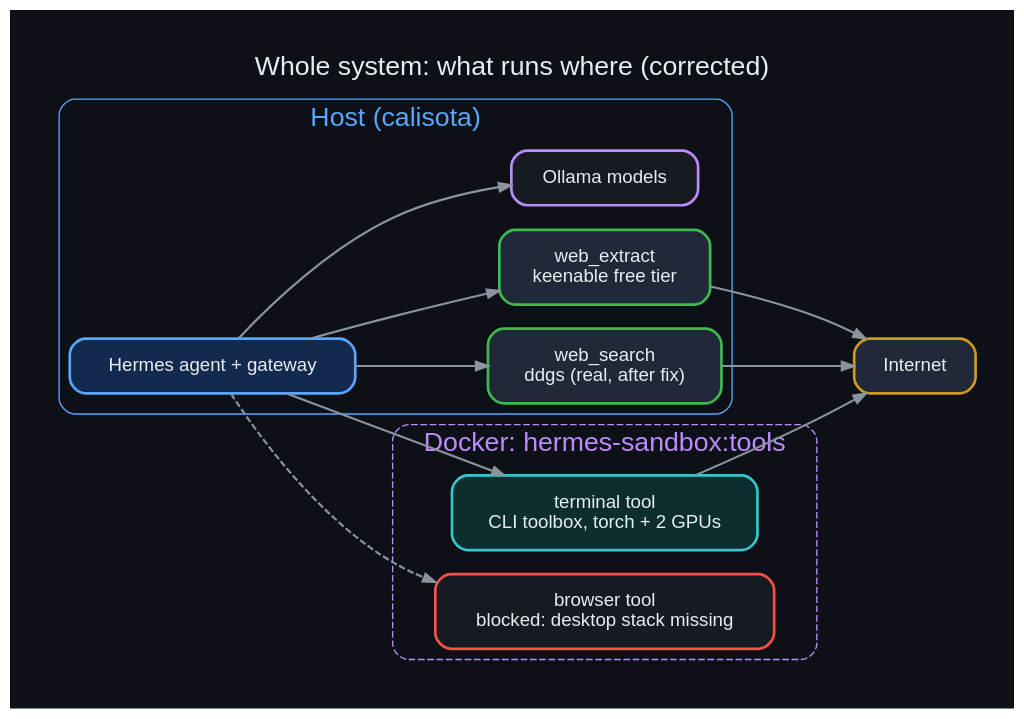
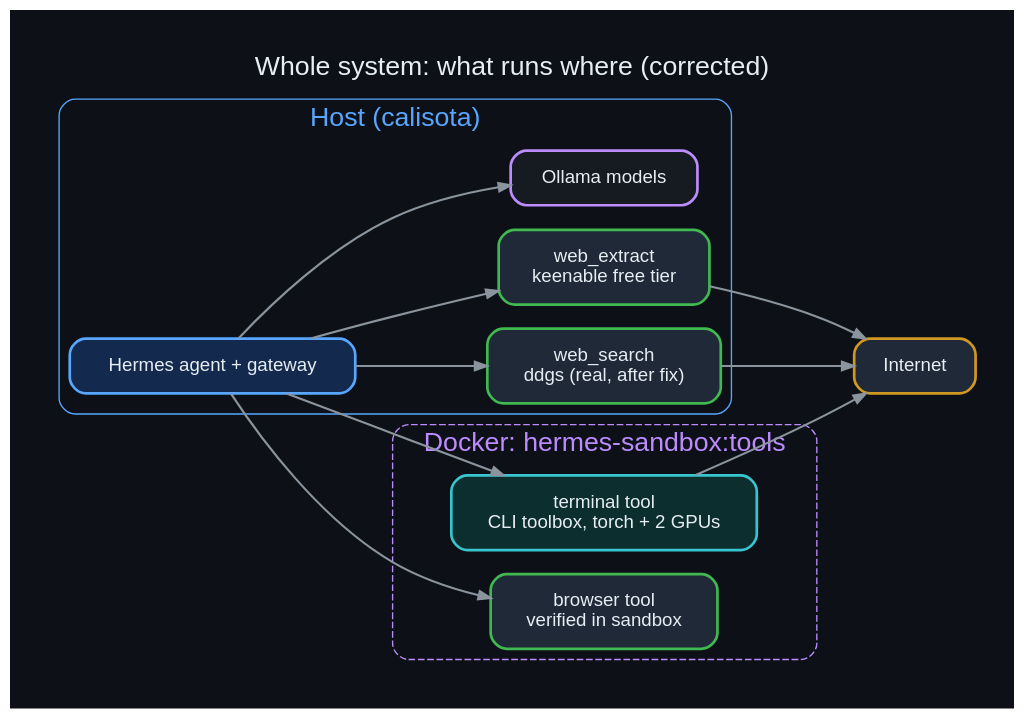
One commit to danindiana/hermes-web-search-ddgs changed the diagram in diagrams/24_system_overview.dot. Above: the diagram before and after it, drawn with Graphviz. The commit also changed 38 other files, not shown here.

Commit message:
Browser working via sandboxed desktop image (Dockerfile.desktop); diagrams 35-38; update verification

```diff
--- a/diagrams/24_system_overview.dot
+++ b/diagrams/24_system_overview.dot
@@ -1,12 +1,12 @@
 digraph g {
 graph [bgcolor="#0d1117", rankdir=LR, fontname="Helvetica", fontcolor="#e6edf3", labelloc="t", fontsize=20, pad=0.4];
 node  [fontname="Helvetica", fontcolor="#e6edf3", color="#30363d", style="filled,rounded", shape=box, penwidth=2, margin="0.25,0.18", fillcolor="#161b22"];
 edge  [color="#8b949e", fontname="Helvetica", fontcolor="#adbac7", penwidth=1.6, arrowsize=0.9];
 label="Whole system: what runs where (corrected)";
 subgraph cluster_h { label="Host (calisota)"; color="#58a6ff"; fontcolor="#58a6ff"; style=rounded;
  ag [label="Hermes agent + gateway", color="#58a6ff", fillcolor="#13294d"]; ws [label="web_search\nddgs (real, after fix)", color="#3fb950", fillcolor="#1f2937"]; ex [label="web_extract\nkeenable free tier", color="#3fb950", fillcolor="#1f2937"]; ol [label="Ollama models", color="#bc8cff"]; }
 subgraph cluster_d { label="Docker: hermes-sandbox:tools"; color="#bc8cff"; fontcolor="#bc8cff"; style="rounded,dashed";
- tm [label="terminal tool\nCLI toolbox, torch + 2 GPUs", color="#39c5cf", fillcolor="#0d2e2e"]; br [label="browser tool\nblocked: desktop stack missing", color="#f85149"]; }
+ tm [label="terminal tool\nCLI toolbox, torch + 2 GPUs", color="#39c5cf", fillcolor="#0d2e2e"]; br [label="browser tool\nverified in sandbox", color="#3fb950", fillcolor="#1f2937"]; }
 net [label="Internet", color="#d29922", fillcolor="#1f2937"];
-ag->ol; ag->ws; ag->ex; ag->tm; ag->br [style=dashed]; ws->net; ex->net; tm->net;
+ag->ol; ag->ws; ag->ex; ag->tm; ag->br; ws->net; ex->net; tm->net;
 }
```
